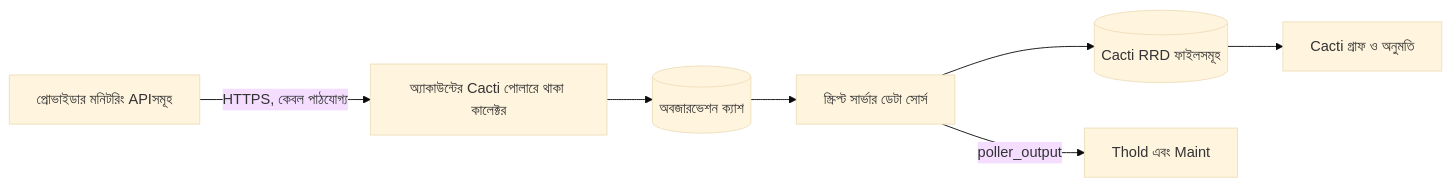
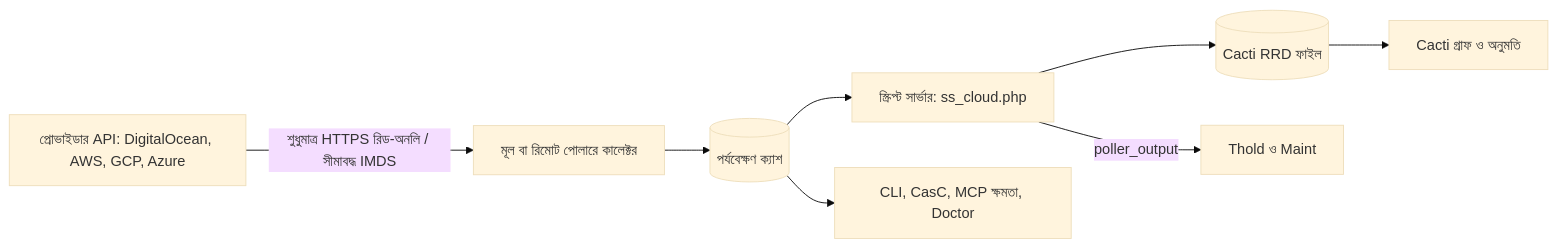
One commit to somethingwithproof/plugin_cloud changed the diagram in docs/i18n/bn-BD/README.md. Above: the diagram before and after it, drawn with Mermaid (base theme). The commit also changed other lines of this file and 48 other files, not shown here.

First line of the commit message:
docs(readme): document AWS, GCP, Azure drivers, remote collectors, and ecosystem hooks

````diff
--- a/docs/i18n/bn-BD/README.md
+++ b/docs/i18n/bn-BD/README.md
@@ -100,9 +148,10 @@
 ```mermaid
 flowchart LR
-    API[প্রোভাইডার মনিটরিং APIসমূহ] -->|HTTPS, কেবল পাঠযোগ্য| C[অ্যাকাউন্টের Cacti পোলারে থাকা কালেক্টর]
-    C --> O[(অবজারভেশন ক্যাশ)]
-    O --> SS[স্ক্রিপ্ট সার্ভার ডেটা সোর্স]
-    SS --> RRD[(Cacti RRD ফাইলসমূহ)]
-    SS -->|poller_output| T[Thold এবং Maint]
+    API["প্রোভাইডার API: DigitalOcean, AWS, GCP, Azure"] -->|শুধুমাত্র HTTPS রিড-অনলি / সীমাবদ্ধ IMDS| C["মূল বা রিমোট পোলারে কালেক্টর"]
+    C --> O[(পর্যবেক্ষণ ক্যাশ)]
+    O --> SS["স্ক্রিপ্ট সার্ভার: ss_cloud.php"]
+    SS --> RRD[(Cacti RRD ফাইল)]
+    SS -->|poller_output| T[Thold ও Maint]
     RRD --> G[Cacti গ্রাফ ও অনুমতি]
+    O --> ECO["CLI, CasC, MCP ক্ষমতা, Doctor"]
 ```
````
